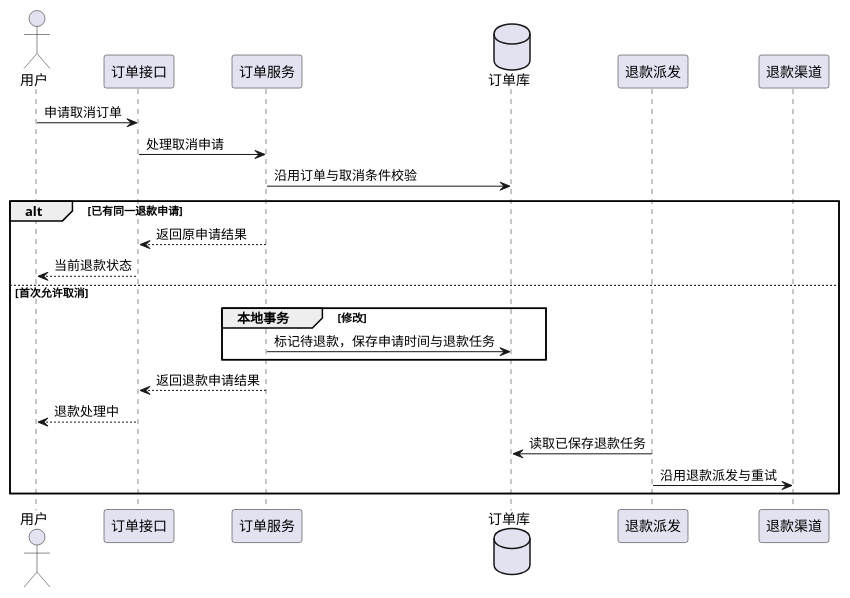
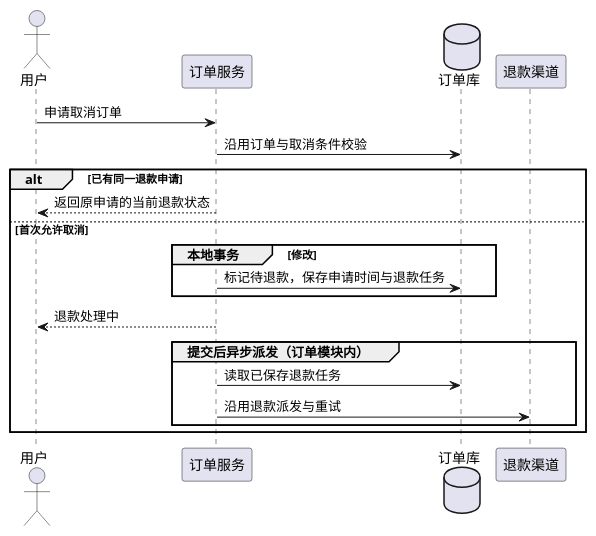
Before and after one commit to Leeycw96/harness-project: the second of 2 diagrams in keel-plan/skills/keel-plan/assets/plan-template.features/cancel-order.md, drawn with PlantUML. The commit also changed 5 other files, not shown here.

Commit message:
keel-plan: 按业务模块归并时序图参与方

````diff
--- a/keel-plan/skills/keel-plan/assets/plan-template.features/cancel-order.md
+++ b/keel-plan/skills/keel-plan/assets/plan-template.features/cancel-order.md
@@ -32,25 +32,22 @@
 ```plantuml
 @startuml
 actor 用户
-participant 订单接口 as API
 participant 订单服务 as Service
 database 订单库 as DB
-participant 退款派发 as Job
 participant 退款渠道 as Gateway
-用户 -> API : 申请取消订单
-API -> Service : 处理取消申请
+用户 -> Service : 申请取消订单
 Service -> DB : 沿用订单与取消条件校验
 alt 已有同一退款申请
-  Service --> API : 返回原申请结果
-  API --> 用户 : 当前退款状态
+  Service --> 用户 : 返回原申请的当前退款状态
 else 首次允许取消
 group 本地事务 [修改]
   Service -> DB : 标记待退款，保存申请时间与退款任务
 end
-  Service --> API : 返回退款申请结果
-  API --> 用户 : 退款处理中
-  Job -> DB : 读取已保存退款任务
-  Job -> Gateway : 沿用退款派发与重试
+  Service --> 用户 : 退款处理中
+  group 提交后异步派发（订单模块内）
+    Service -> DB : 读取已保存退款任务
+    Service -> Gateway : 沿用退款派发与重试
+  end
 end
 @enduml
 ```
````
